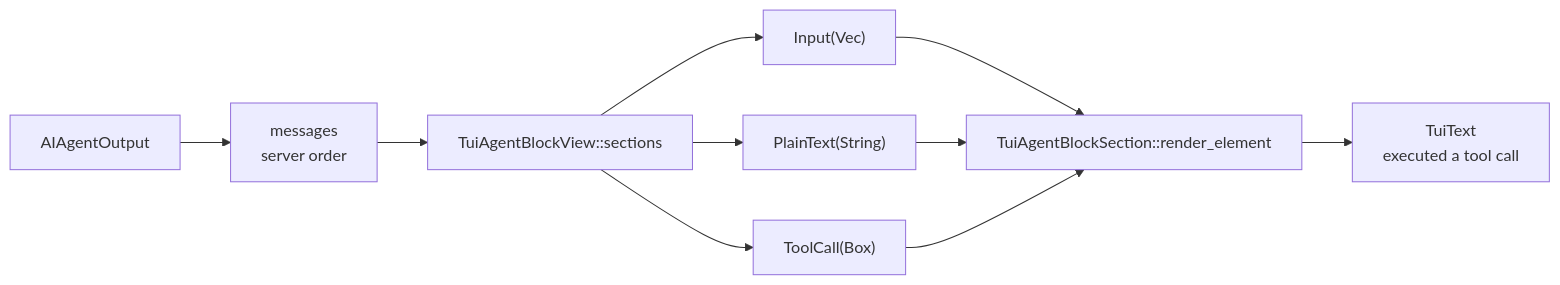
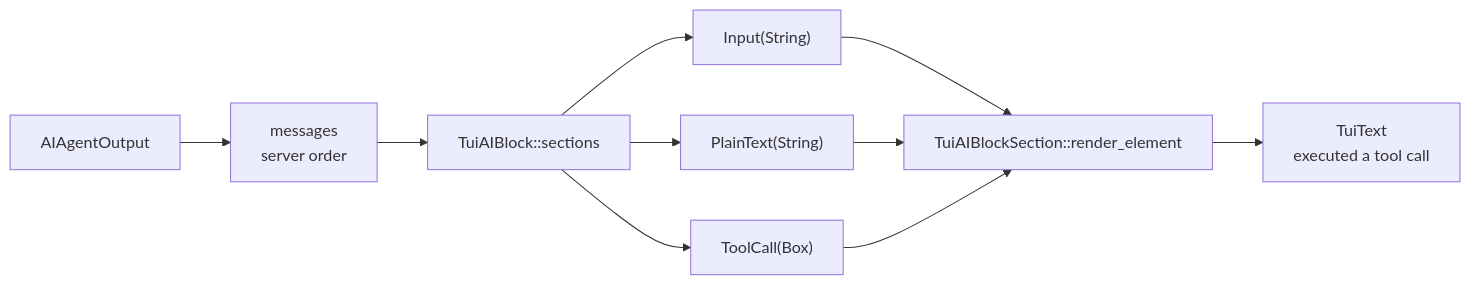
The second of 4 diagrams in specs/tui-agent-tool-calls/TECH.md (warpdotdev/warp), drawn with Mermaid before and after one commit. The commit also changed other lines of this file and 4 other files, not shown here.

````diff
--- a/specs/tui-agent-tool-calls/TECH.md
+++ b/specs/tui-agent-tool-calls/TECH.md
@@ -37,12 +37,12 @@
 ```mermaid
 flowchart LR
   Output["AIAgentOutput"] --> Messages["messages<br/>server order"]
-  Messages --> Adapter["TuiAgentBlockView::sections"]
-  Adapter --> Input["Input(Vec<String>)"]
+  Messages --> Adapter["TuiAIBlock::sections"]
+  Adapter --> Input["Input(String)"]
   Adapter --> Text["PlainText(String)"]
   Adapter --> Tool["ToolCall(Box<AIAgentAction>)"]
-  Input --> Render["TuiAgentBlockSection::render_element"]
+  Input --> Render["TuiAIBlockSection::render_element"]
   Text --> Render
   Tool --> Render
   Render --> Label["TuiText<br/>executed a tool call"]
 ```
````
